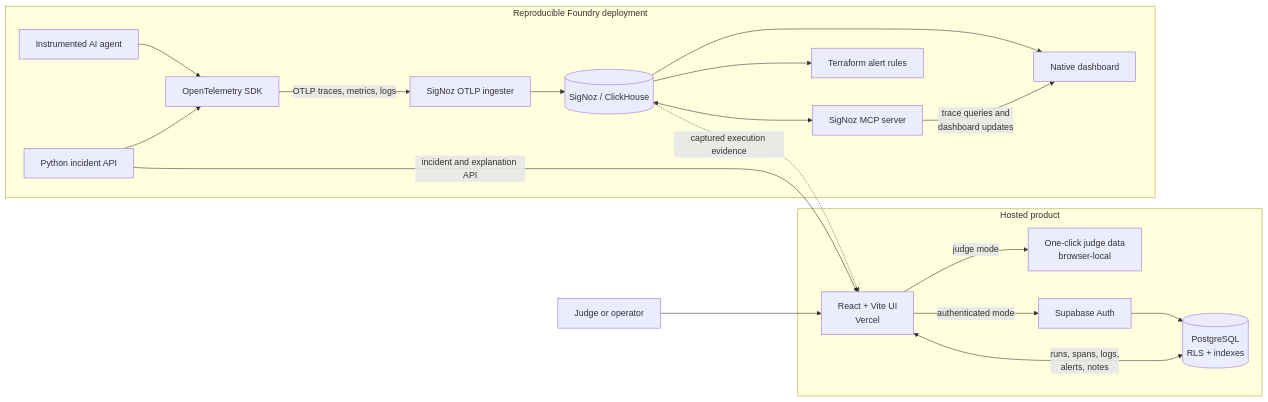
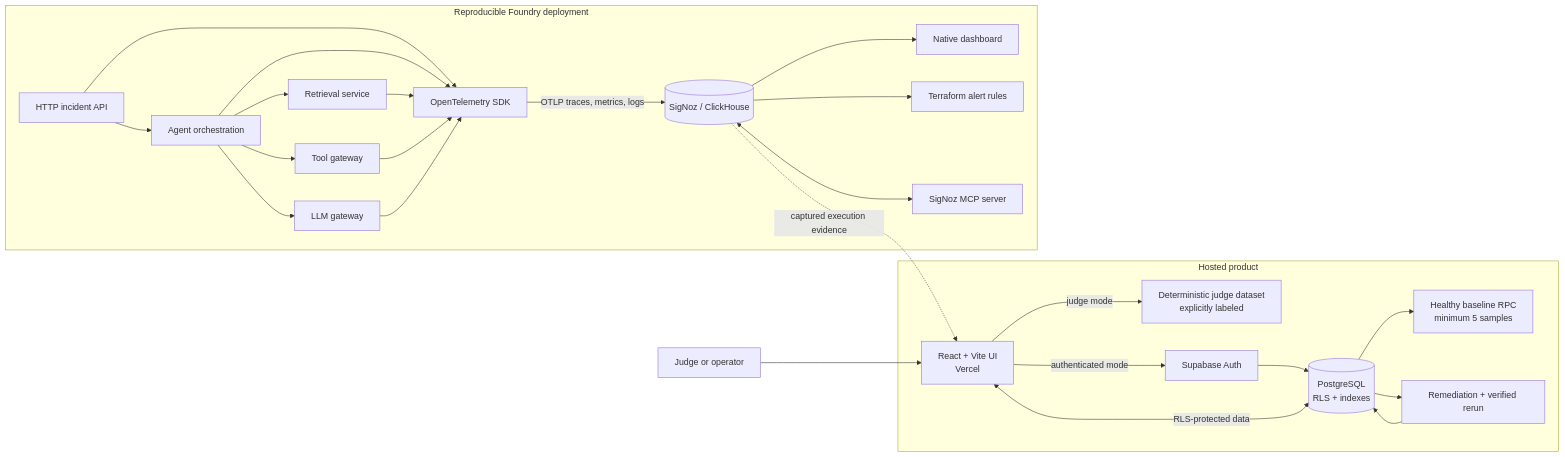
Before and after one commit to phanixdev/agentscope-sidekick: the first of 2 diagrams in docs/architecture.md, drawn with Mermaid. The commit also changed other lines of this file and 29 other files, not shown here.

````diff
--- a/docs/architecture.md
+++ b/docs/architecture.md
@@ -5,40 +5,50 @@
 ```mermaid
 flowchart LR
     Judge["Judge or operator"]
 
     subgraph Hosted["Hosted product"]
         Web["React + Vite UI<br/>Vercel"]
-        Demo["One-click judge data<br/>browser-local"]
+        Demo["Deterministic judge dataset<br/>explicitly labeled"]
         Auth["Supabase Auth"]
         DB[("PostgreSQL<br/>RLS + indexes")]
+        Base["Healthy baseline RPC<br/>minimum 5 samples"]
+        Fix["Remediation + verified rerun"]
     end
 
-    subgraph Foundry["Reproducible Foundry deployment"]
-        Agent["Instrumented AI agent"]
-        API["Python incident API"]
+    subgraph Telemetry["Reproducible Foundry deployment"]
+        API["HTTP incident API"]
+        Agent["Agent orchestration"]
+        Retrieval["Retrieval service"]
+        Tool["Tool gateway"]
+        LLM["LLM gateway"]
         OTel["OpenTelemetry SDK"]
-        Collector["SigNoz OTLP ingester"]
         Store[("SigNoz / ClickHouse")]
         Dashboard["Native dashboard"]
         Alerts["Terraform alert rules"]
         MCP["SigNoz MCP server"]
     end
 
     Judge --> Web
     Web -->|"judge mode"| Demo
     Web -->|"authenticated mode"| Auth
     Auth --> DB
-    Web <-->|"runs, spans, logs,<br/>alerts, notes"| DB
+    Web <-->|"RLS-protected data"| DB
+    DB --> Base
+    DB --> Fix
+    Fix --> DB
 
+    API --> Agent
+    Agent --> Retrieval
+    Agent --> Tool
+    Agent --> LLM
+    API --> OTel
     Agent --> OTel
-    API --> OTel
-    OTel -->|"OTLP traces, metrics, logs"| Collector
-    Collector --> Store
+    Retrieval --> OTel
+    Tool --> OTel
+    LLM --> OTel
+    OTel -->|"OTLP traces, metrics, logs"| Store
     Store --> Dashboard
     Store --> Alerts
     Store <--> MCP
-    API -->|"incident and explanation API"| Web
-    MCP -->|"trace queries and<br/>dashboard updates"| Dashboard
-
     Store -. "captured execution evidence" .-> Web
 ```
````
